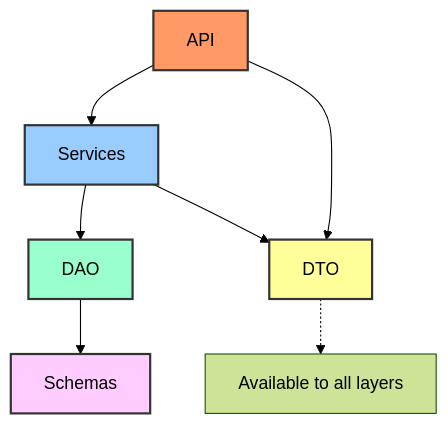
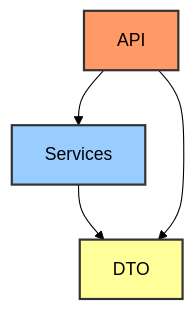
Before and after one commit to ALEX-TEMPLATES/fast-api-pure: the diagram in docs/01_layers.md, drawn with Mermaid (forest theme). The commit also changed other lines of this file and 24 other files, not shown here.

````diff
--- a/docs/01_layers.md
+++ b/docs/01_layers.md
@@ -7,21 +7,14 @@
 ```mermaid
 graph TD
     A[API] --> S[Services]
-    A --> DTO[DTO]
-    S --> D[DAO]
-    S --> DTO
-    D --> SC[Schemas]
-    DTO -.-> ALL[Available to all layers]
+    S --> DTO[DTO]
+    A --> DTO
 
     classDef api fill:#f96,stroke:#333,stroke-width:2px;
     classDef srv fill:#9cf,stroke:#333,stroke-width:2px;
-    classDef dao fill:#9fc,stroke:#333,stroke-width:2px;
-    classDef schema fill:#fcf,stroke:#333,stroke-width:2px;
     classDef dto fill:#ff9,stroke:#333,stroke-width:2px;
     
     class A api;
     class S srv;
-    class D dao;
-    class SC schema;
     class DTO dto;
 ```
````
